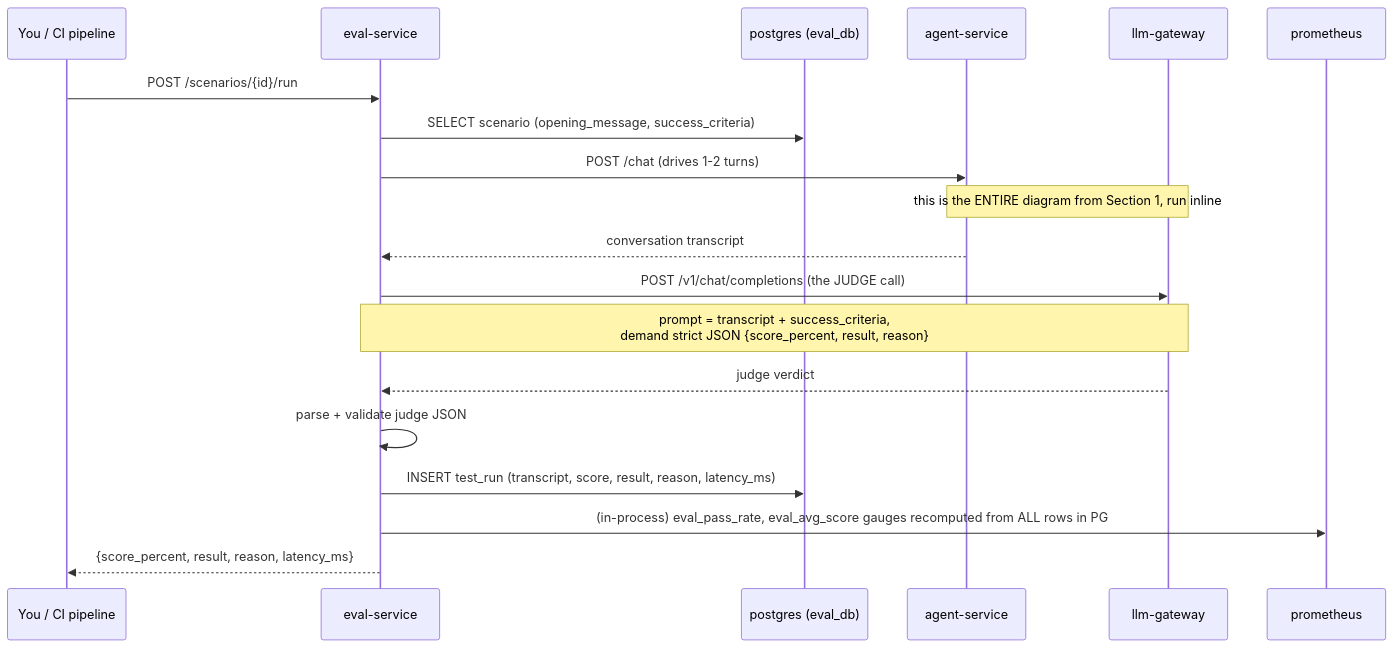
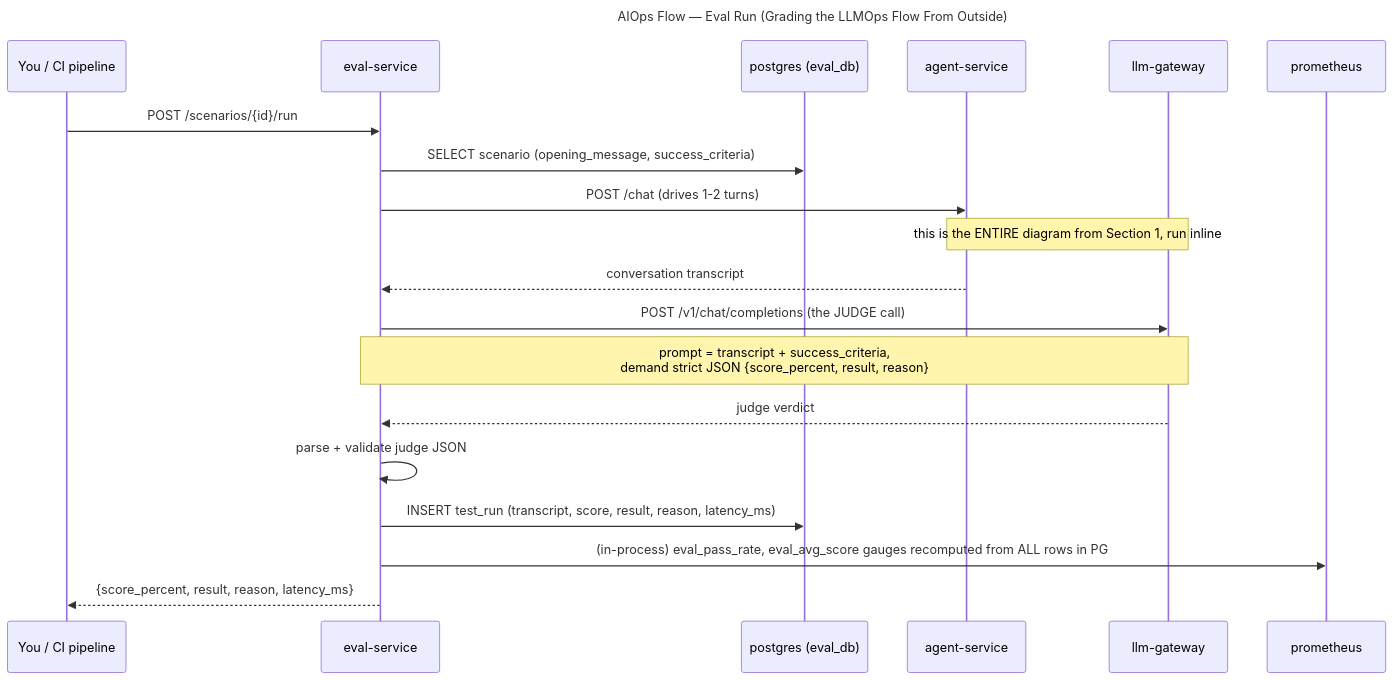
The third of 6 diagrams in README.md (vishalrath0d/ai-ml-llm-ops), drawn with Mermaid before and after one commit. The commit also changed other lines of this file and 1 other file, not shown here.

First line of the commit message:
Fold CI/CD pipeline diagram into root README; label all diagrams by Ops discipline

````diff
--- a/README.md
+++ b/README.md
@@ -228,24 +234,27 @@
 ```mermaid
+---
+title: AIOps Flow — Eval Run (Grading the LLMOps Flow From Outside)
+---
 sequenceDiagram
     participant You as You / CI pipeline
     participant Eval as eval-service
     participant PG as postgres (eval_db)
     participant Agent as agent-service
     participant Gateway as llm-gateway
     participant Prom as prometheus
 
     You->>Eval: POST /scenarios/{id}/run
     Eval->>PG: SELECT scenario (opening_message, success_criteria)
     Eval->>Agent: POST /chat (drives 1-2 turns)
     Note over Agent,Gateway: this is the ENTIRE diagram from Section 1, run inline
     Agent-->>Eval: conversation transcript
 
     Eval->>Gateway: POST /v1/chat/completions (the JUDGE call)
     Note over Eval,Gateway: prompt = transcript + success_criteria,<br/>demand strict JSON {score_percent, result, reason}
     Gateway-->>Eval: judge verdict
 
     Eval->>Eval: parse + validate judge JSON
     Eval->>PG: INSERT test_run (transcript, score, result, reason, latency_ms)
     Eval->>Prom: (in-process) eval_pass_rate, eval_avg_score gauges recomputed from ALL rows in PG
     Eval-->>You: {score_percent, result, reason, latency_ms}
 ```
````
